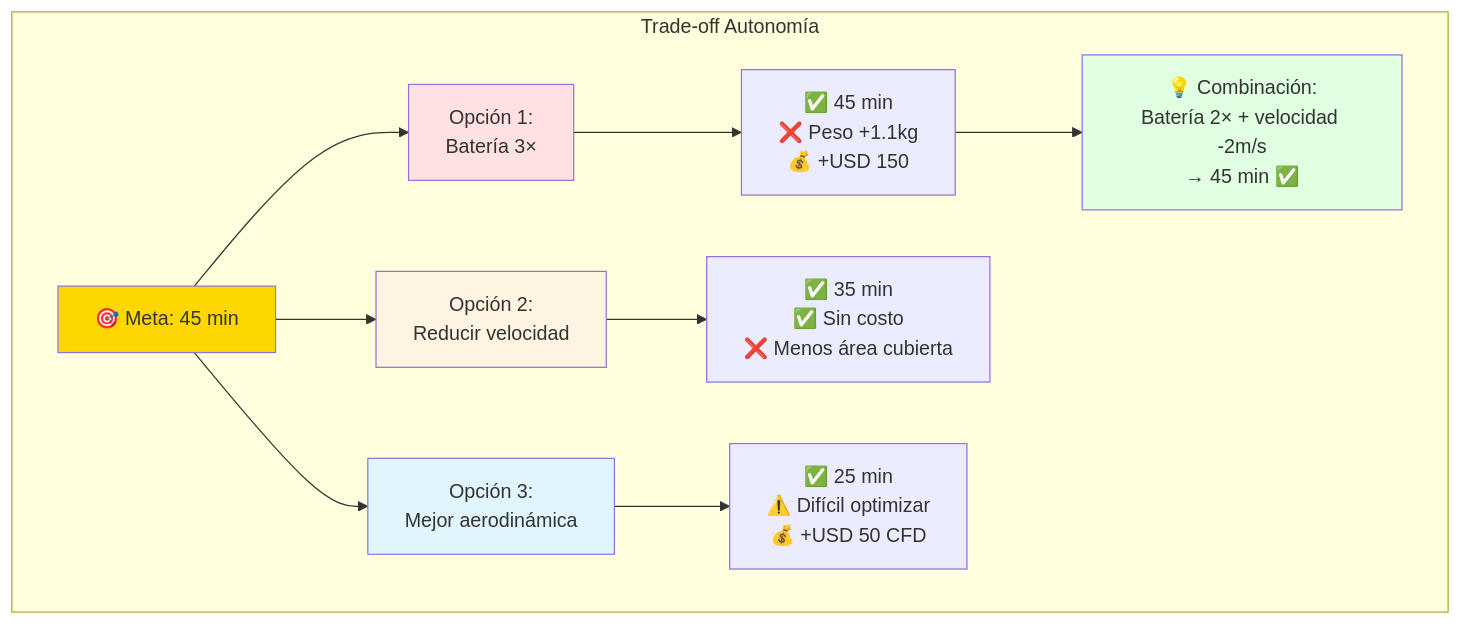
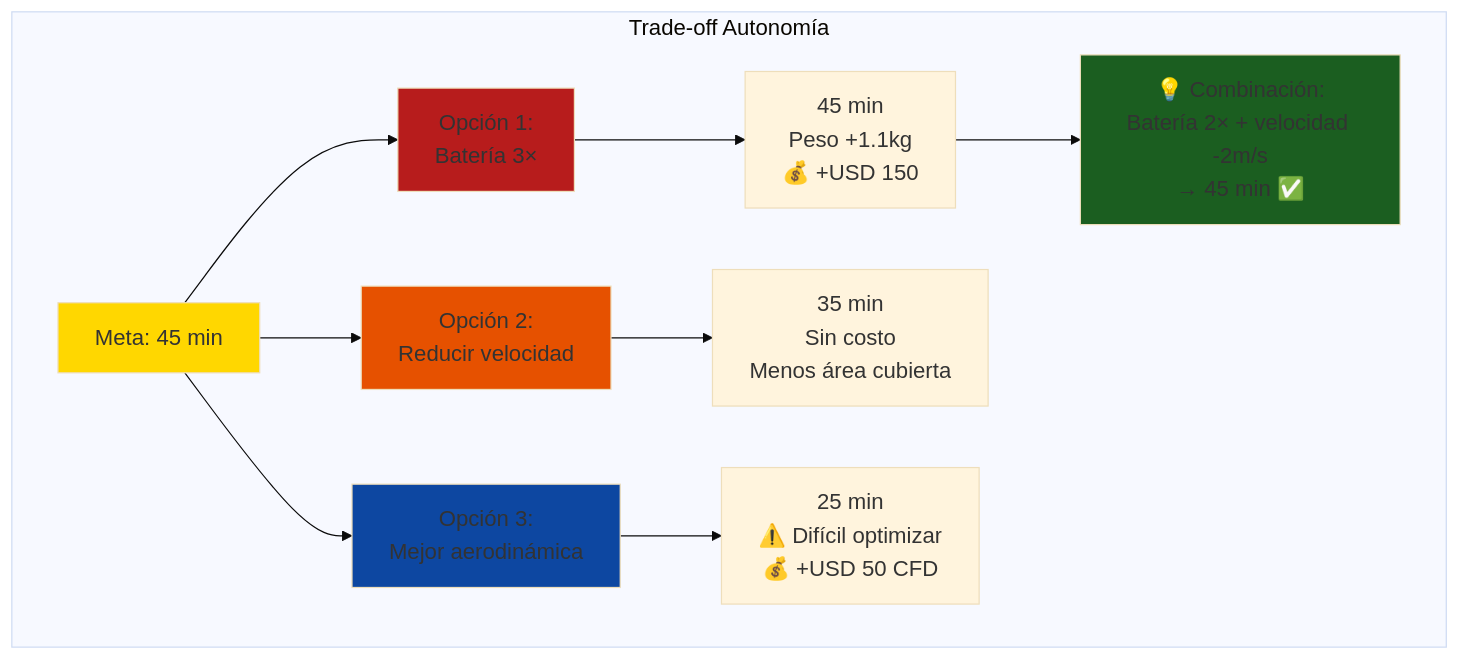
Before and after one commit to Ai-Whisperers/Courses-Content: diagram 13 of 16 in courses/🟡-development/FPUNA-2026/03-INGENIERIA-AERONAUTICA/04-sistemas-propulsion.md, drawn with Mermaid. The commit also changed other lines of this file and 47 other files, not shown here.

First line of the commit message:
fix: Make all 473 diagrams WCAG AAA accessible (FPUNA-2026)

````diff
--- a/courses/🟡-development/FPUNA-2026/03-INGENIERIA-AERONAUTICA/04-sistemas-propulsion.md
+++ b/courses/🟡-development/FPUNA-2026/03-INGENIERIA-AERONAUTICA/04-sistemas-propulsion.md
@@ -869,22 +881,23 @@
 ```mermaid
+%%{init: {'theme':'base', 'themeVariables': {'fontSize':'18px'}}}%%
 graph TD
     subgraph "Trade-off Autonomía"
-        A[🎯 Meta: 45 min]
+        A[Meta: 45 min]
         
         A --> B[Opción 1:<br/>Batería 3×]
         A --> C[Opción 2:<br/>Reducir velocidad]
         A --> D[Opción 3:<br/>Mejor aerodinámica]
         
-        B --> E[✅ 45 min<br/>❌ Peso +1.1kg<br/>💰 +USD 150]
-        C --> F[✅ 35 min<br/>✅ Sin costo<br/>❌ Menos área cubierta]
-        D --> G[✅ 25 min<br/>⚠️ Difícil optimizar<br/>💰 +USD 50 CFD]
+        B --> E[45 min<br/>Peso +1.1kg<br/>💰 +USD 150]
+        C --> F[35 min<br/>Sin costo<br/>Menos área cubierta]
+        D --> G[25 min<br/>⚠️ Difícil optimizar<br/>💰 +USD 50 CFD]
         
         E --> H[💡 Combinación:<br/>Batería 2× + velocidad -2m/s<br/>→ 45 min ✅]
     end
     
     style A fill:#FFD700
-    style B fill:#FFE1E1
-    style C fill:#FFF4E1
-    style D fill:#E1F5FF
-    style H fill:#E1FFE1
+    style B fill:#b71c1c
+    style C fill:#e65100
+    style D fill:#0d47a1
+    style H fill:#1b5e20
 ```
````
